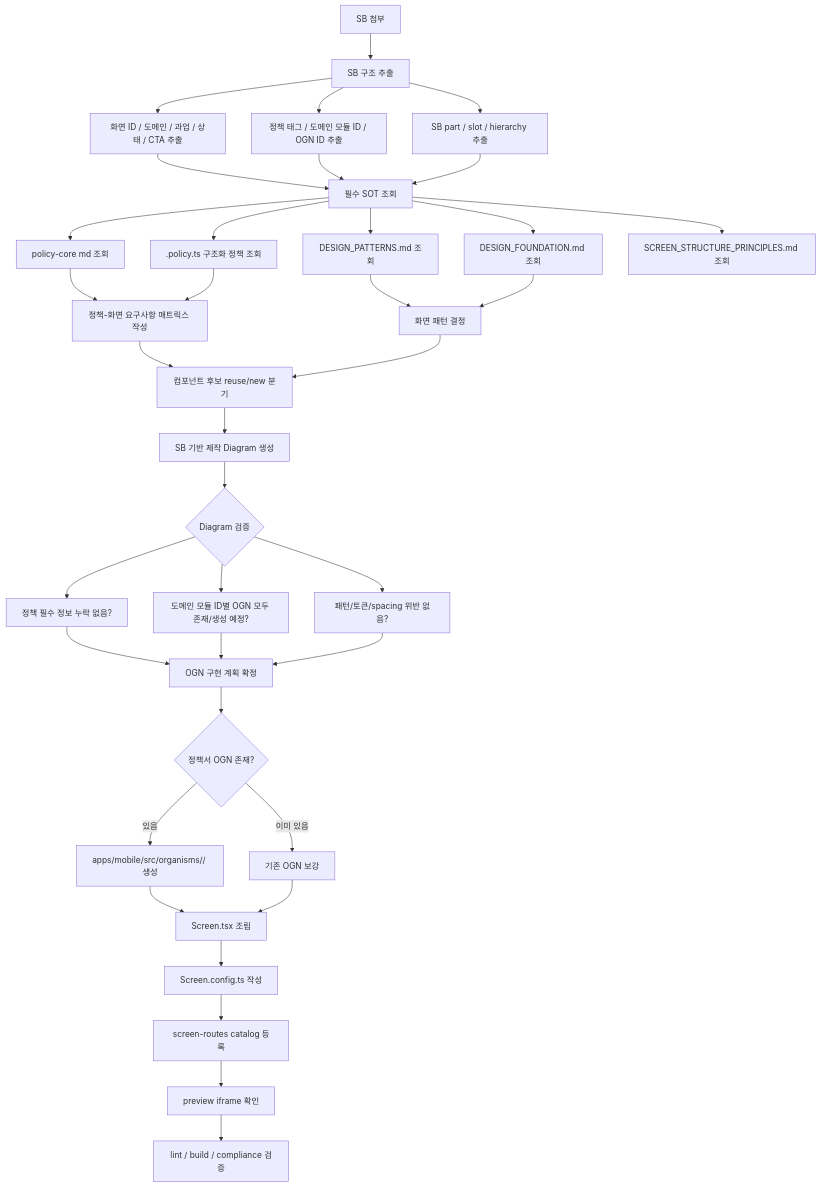
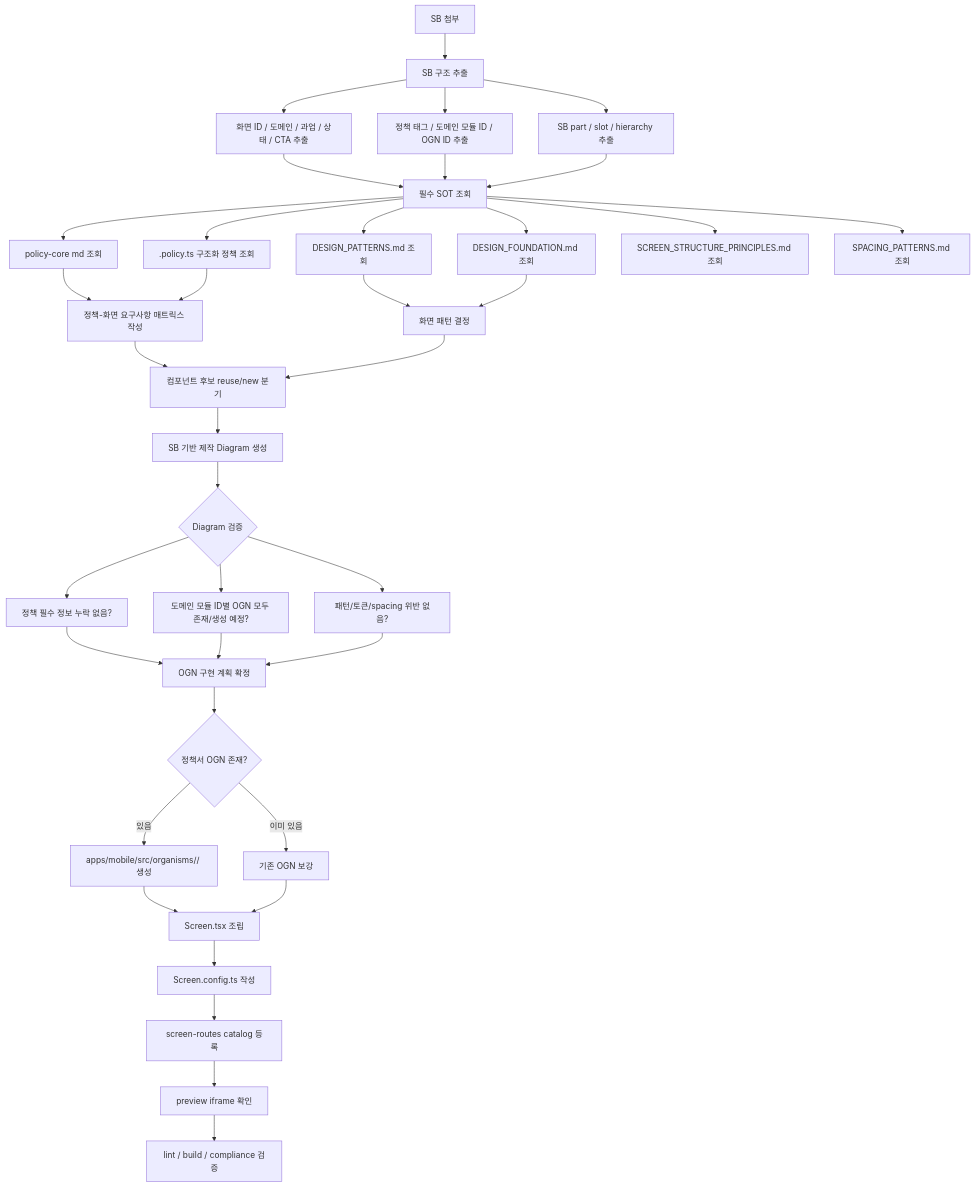
Before and after one commit to ewoooo/rnd-screen-to-screen: the diagram in SCREEN_GENERATION_FLOW.md, drawn with Mermaid. The commit also changed other lines of this file and 80 other files, not shown here.

````diff
--- a/SCREEN_GENERATION_FLOW.md
+++ b/SCREEN_GENERATION_FLOW.md
@@ -7,48 +7,49 @@
 ```mermaid
 flowchart TD
     A["SB 첨부"] --> B["SB 구조 추출"]
     B --> B1["화면 ID / 도메인 / 과업 / 상태 / CTA 추출"]
     B --> B2["정책 태그 / 도메인 모듈 ID / OGN ID 추출"]
     B --> B3["SB part / slot / hierarchy 추출"]
 
     B1 --> C["필수 SOT 조회"]
     B2 --> C
     B3 --> C
 
     C --> C1["policy-core md 조회"]
     C --> C2[".policy.ts 구조화 정책 조회"]
     C --> C3["DESIGN_PATTERNS.md 조회"]
     C --> C4["DESIGN_FOUNDATION.md 조회"]
     C --> C5["SCREEN_STRUCTURE_PRINCIPLES.md 조회"]
+    C --> C6["SPACING_PATTERNS.md 조회"]
 
     C1 --> D["정책-화면 요구사항 매트릭스 작성"]
     C2 --> D
     C3 --> E["화면 패턴 결정"]
     C4 --> E
 
     D --> E1["컴포넌트 후보 reuse/new 분기"]
     E --> E1
 
     E1 --> F["SB 기반 제작 Diagram 생성"]
 
     F --> G{"Diagram 검증"}
     G --> G1["정책 필수 정보 누락 없음?"]
     G --> G2["도메인 모듈 ID별 OGN 모두 존재/생성 예정?"]
     G --> G3["패턴/토큰/spacing 위반 없음?"]
 
     G1 --> H["OGN 구현 계획 확정"]
     G2 --> H
     G3 --> H
 
     H --> I{"정책서 OGN 존재?"}
     I -- "있음" --> J["apps/mobile/src/organisms/<domain>/<ogn> 생성"]
     I -- "이미 있음" --> K["기존 OGN 보강"]
 
     J --> L["Screen.tsx 조립"]
     K --> L
 
     L --> M["Screen.config.ts 작성"]
     M --> N["screen-routes catalog 등록"]
     N --> O["preview iframe 확인"]
     O --> P["lint / build / compliance 검증"]
 ```
````
